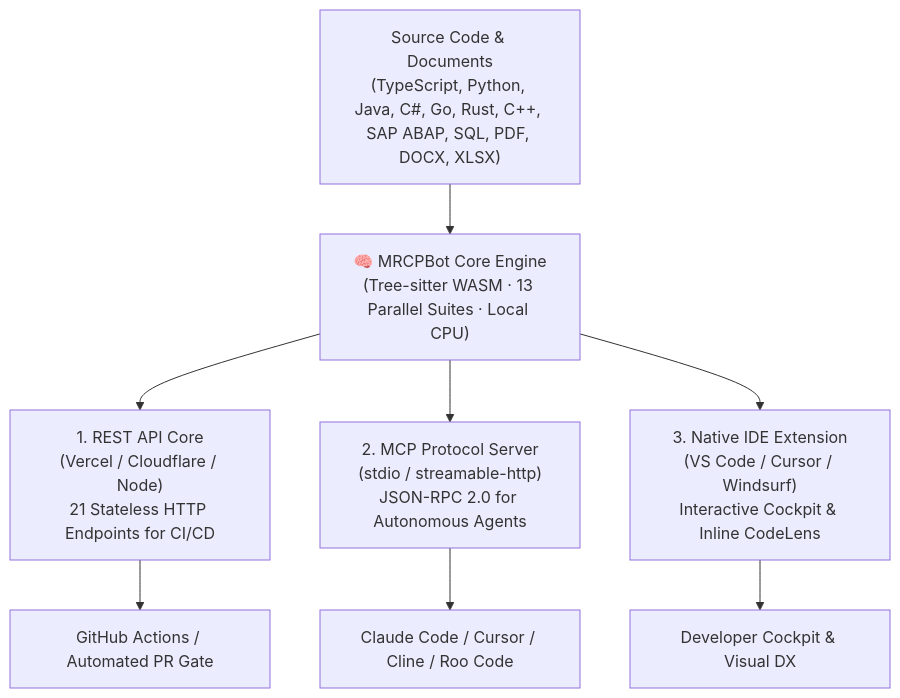
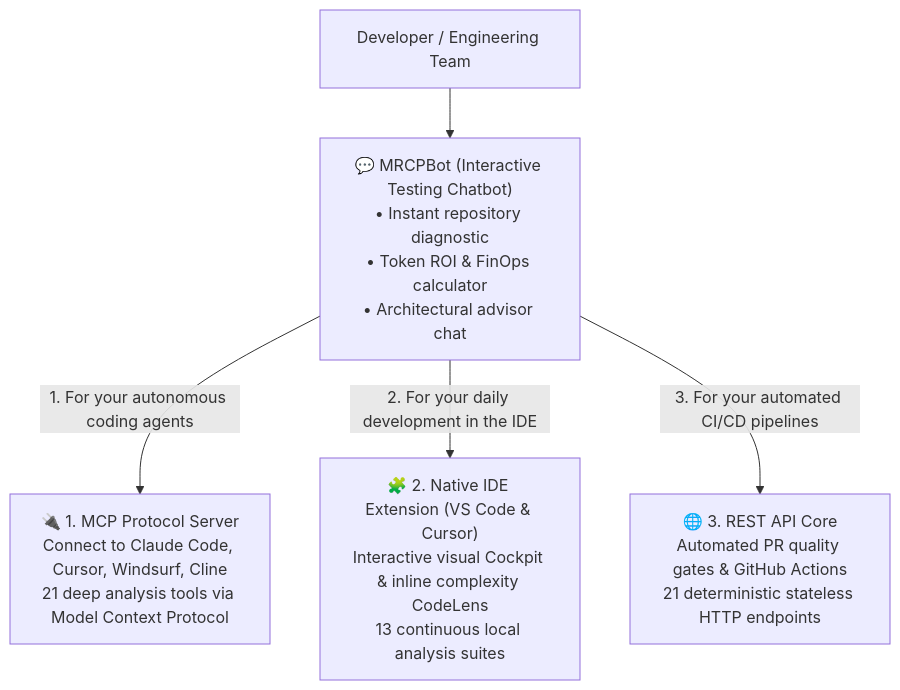
Before and after one commit to faelscarpato/mrcpbot: the diagram in README.md, drawn with Mermaid. The commit also changed other lines of this file and 1 other file, not shown here.

````diff
--- a/README.md
+++ b/README.md
@@ -108,12 +39,8 @@
 ```mermaid
 flowchart TD
-    Repo["Source Code & Documents\n(TypeScript, Python, Java, C#, Go, Rust, C++, SAP ABAP, SQL, PDF, DOCX, XLSX)"] --> Engine["🧠 MRCPBot Core Engine\n(Tree-sitter WASM · 13 Parallel Suites · Local CPU)"]
+    User["Developer / Engineering Team"] --> Bot["💬 MRCPBot (Interactive Testing Chatbot)\n• Instant repository diagnostic\n• Token ROI & FinOps calculator\n• Architectural advisor chat"]
     
-    Engine --> L1["1. REST API Core\n(Vercel / Cloudflare / Node)\n21 Stateless HTTP Endpoints for CI/CD"]
-    Engine --> L2["2. MCP Protocol Server\n(stdio / streamable-http)\nJSON-RPC 2.0 for Autonomous Agents"]
-    Engine --> L3["3. Native IDE Extension\n(VS Code / Cursor / Windsurf)\nInteractive Cockpit & Inline CodeLens"]
-
-    L1 --> ExtApp["GitHub Actions / Automated PR Gate"]
-    L2 --> Agents["Claude Code / Cursor / Cline / Roo Code"]
-    L3 --> Dev["Developer Cockpit & Visual DX"]
+    Bot -->|"1. For your autonomous coding agents"| F1["🔌 1. MCP Protocol Server\nConnect to Claude Code, Cursor, Windsurf, Cline\n21 deep analysis tools via Model Context Protocol"]
+    Bot -->|"2. For your daily development in the IDE"| F2["🧩 2. Native IDE Extension (VS Code & Cursor)\nInteractive visual Cockpit & inline complexity CodeLens\n13 continuous local analysis suites"]
+    Bot -->|"3. For your automated CI/CD pipelines"| F3["🌐 3. REST API Core\nAutomated PR quality gates & GitHub Actions\n21 deterministic stateless HTTP endpoints"]
 ```
````
